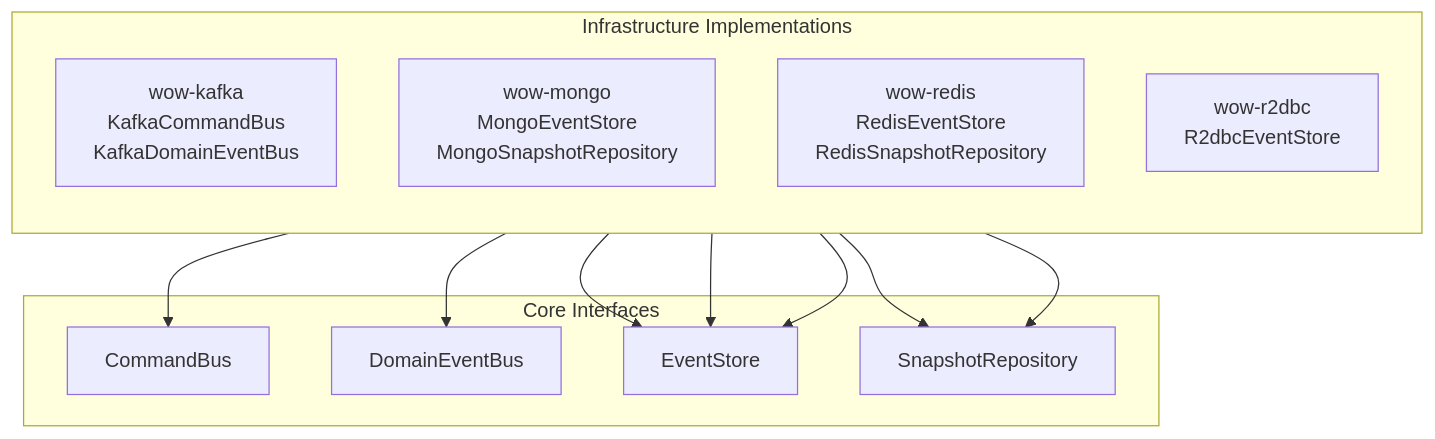
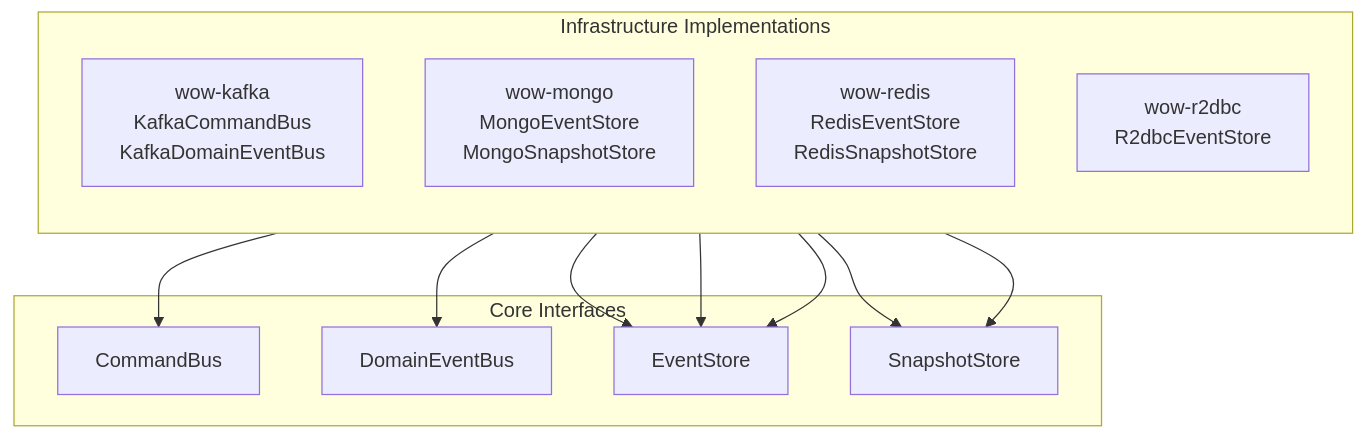
The second of 3 diagrams in documentation/docs/en/guide/advanced/module-dependencies.md (Ahoo-Wang/Wow), drawn with Mermaid before and after one commit. The commit also changed other lines of this file and 36 other files, not shown here.

````diff
--- a/documentation/docs/en/guide/advanced/module-dependencies.md
+++ b/documentation/docs/en/guide/advanced/module-dependencies.md
@@ -278,28 +278,28 @@
 ```mermaid
 graph TB
     subgraph Interfaces["Core Interfaces"]
         CB["CommandBus"]
         DEB["DomainEventBus"]
         ES["EventStore"]
-        SR["SnapshotRepository"]
+        SR["SnapshotStore"]
     end
 
     subgraph Implementations["Infrastructure Implementations"]
         direction TB
         K["wow-kafka<br>KafkaCommandBus<br>KafkaDomainEventBus"]
-        M["wow-mongo<br>MongoEventStore<br>MongoSnapshotRepository"]
-        R["wow-redis<br>RedisEventStore<br>RedisSnapshotRepository"]
+        M["wow-mongo<br>MongoEventStore<br>MongoSnapshotStore"]
+        R["wow-redis<br>RedisEventStore<br>RedisSnapshotStore"]
         R2["wow-r2dbc<br>R2dbcEventStore"]
     end
 
     K --> CB
     K --> DEB
     M --> ES
     M --> SR
     R --> ES
     R --> SR
     R2 --> ES
 
 
 
 ```
````
